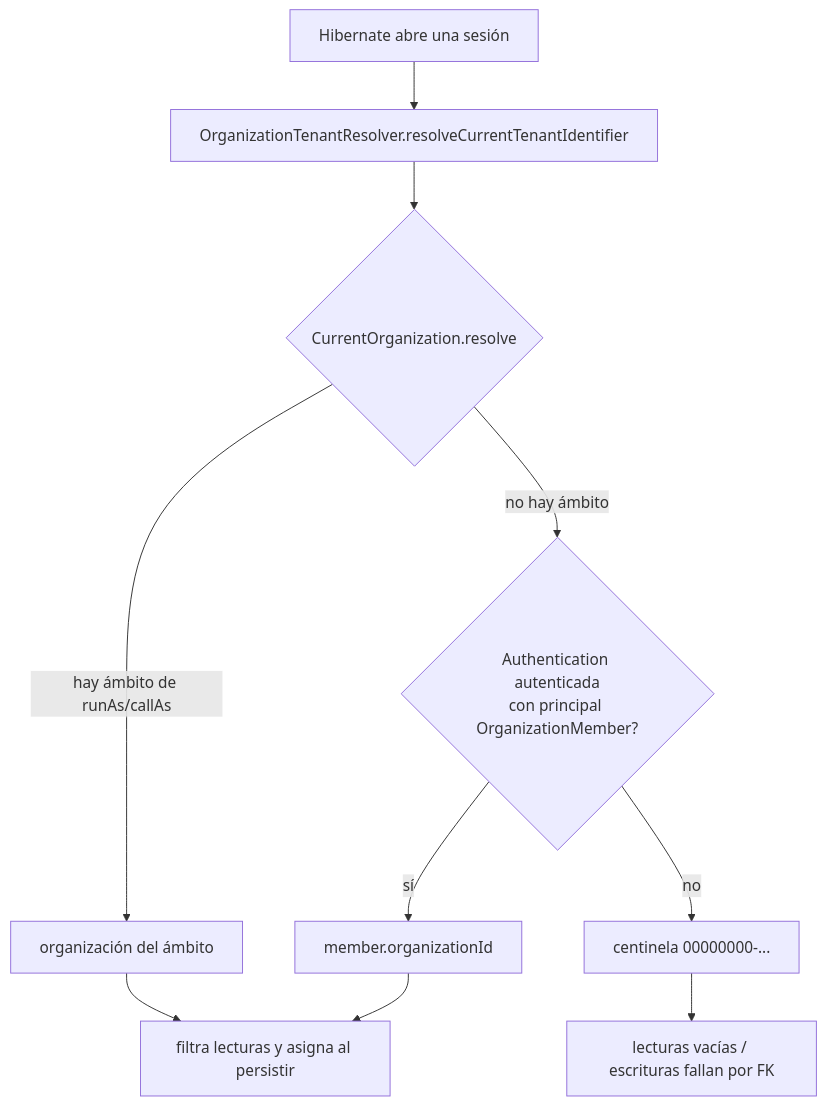
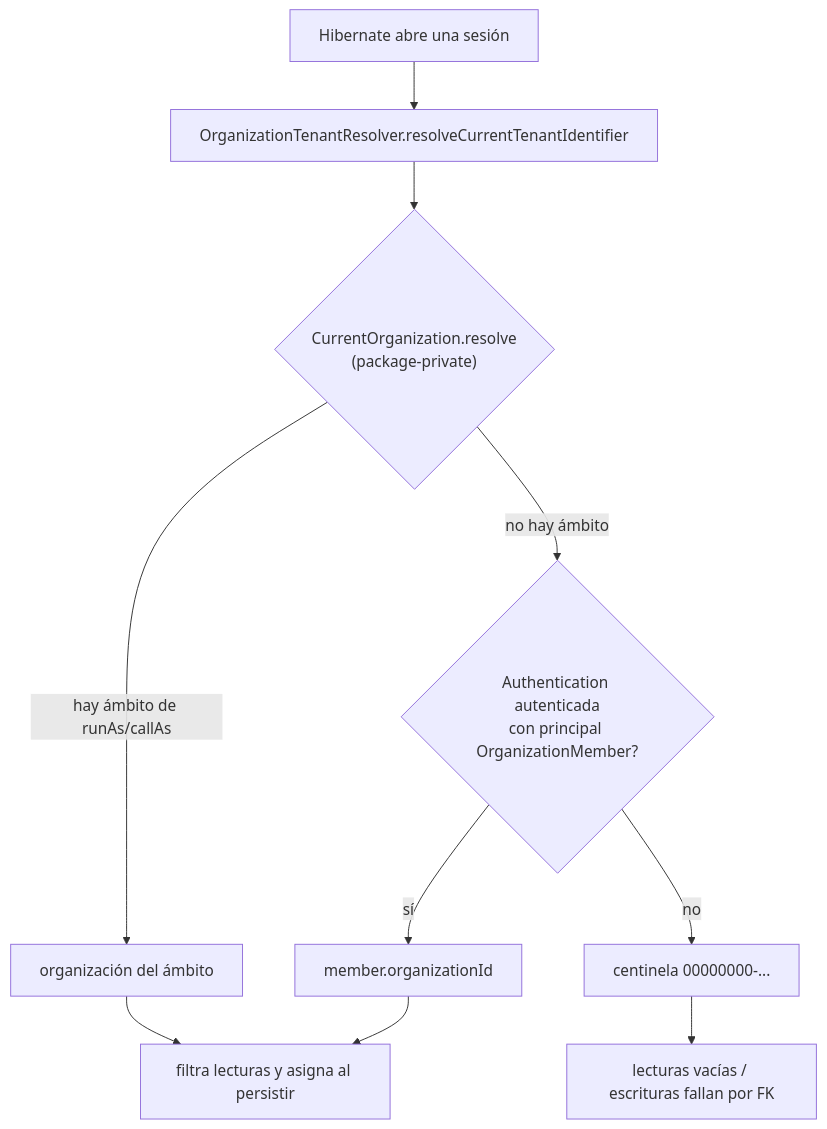
Before and after one commit to zapmaxvevo/communicator-one: the first of 2 diagrams in docs/multi-tenant.md, drawn with Mermaid. The commit also changed other lines of this file and 5 other files, not shown here.

````diff
--- a/docs/multi-tenant.md
+++ b/docs/multi-tenant.md
@@ -64,12 +71,12 @@
 ```mermaid
 flowchart TD
     S[Hibernate abre una sesión] --> R[OrganizationTenantResolver.resolveCurrentTenantIdentifier]
-    R --> C{CurrentOrganization.resolve}
+    R --> C{"CurrentOrganization.resolve<br/>(package-private)"}
     C -->|hay ámbito de runAs/callAs| A[organización del ámbito]
     C -->|no hay ámbito| P{Authentication autenticada<br/>con principal OrganizationMember?}
     P -->|sí| M[member.organizationId]
     P -->|no| N[centinela 00000000-...]
     A --> F[filtra lecturas y asigna al persistir]
     M --> F
     N --> V[lecturas vacías / escrituras fallan por FK]
 ```
````
